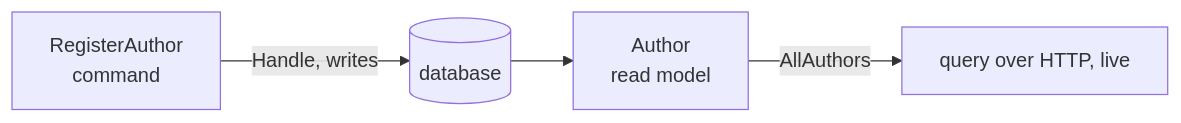
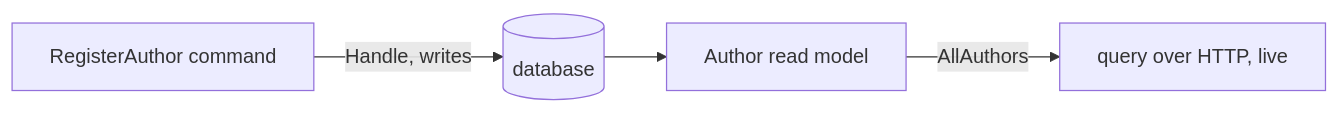
One commit to Cratis/Arc changed the diagram in Documentation/backend/getting-started/your-first-command.mdx. Above: the diagram before and after it, drawn with Mermaid. The commit also changed other lines of this file and 16 other files, not shown here.

````diff
--- a/Documentation/backend/getting-started/your-first-command.mdx
+++ b/Documentation/backend/getting-started/your-first-command.mdx
@@ -12,6 +12,6 @@
 ```mermaid
 flowchart LR
-    Cmd["RegisterAuthor<br/>command"] -->|Handle, writes| DB[("database")]
-    DB --> RM["Author<br/>read model"]
+    Cmd["RegisterAuthor command"] -->|Handle, writes| DB[("database")]
+    DB --> RM["Author read model"]
     RM -->|AllAuthors| Q["query over HTTP, live"]
 ```
````
